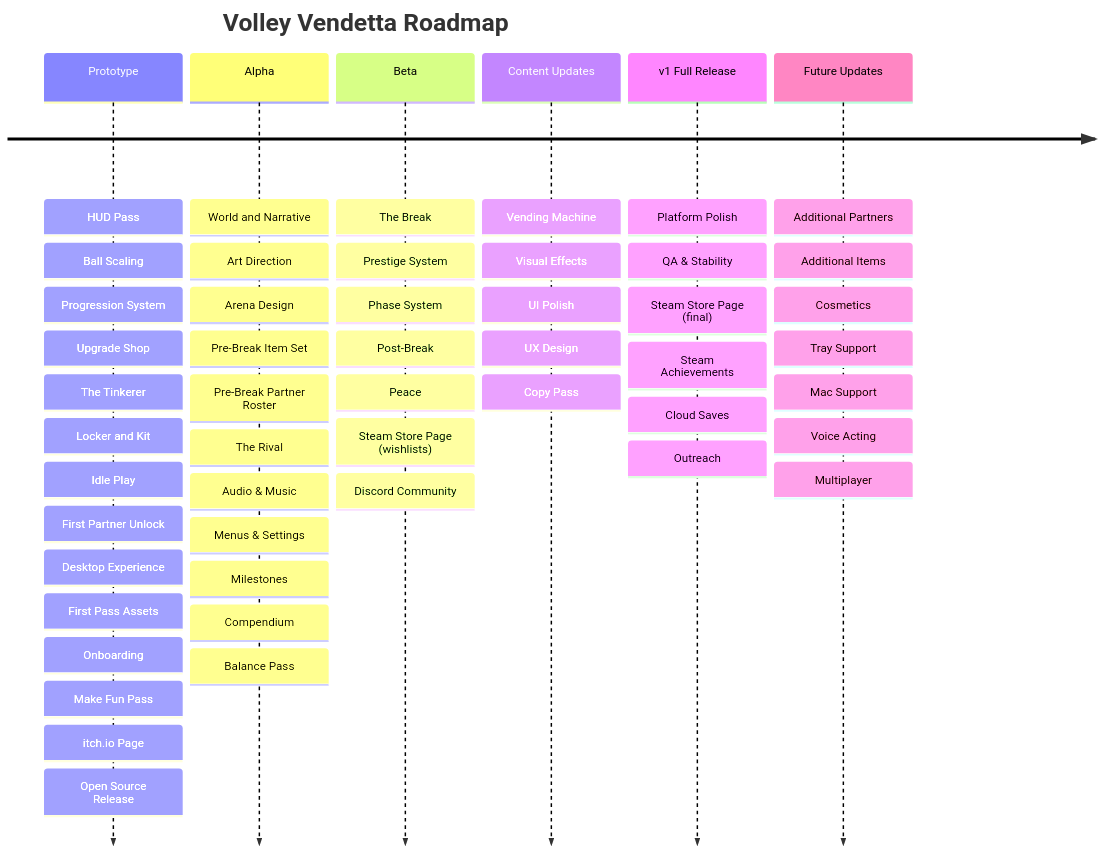
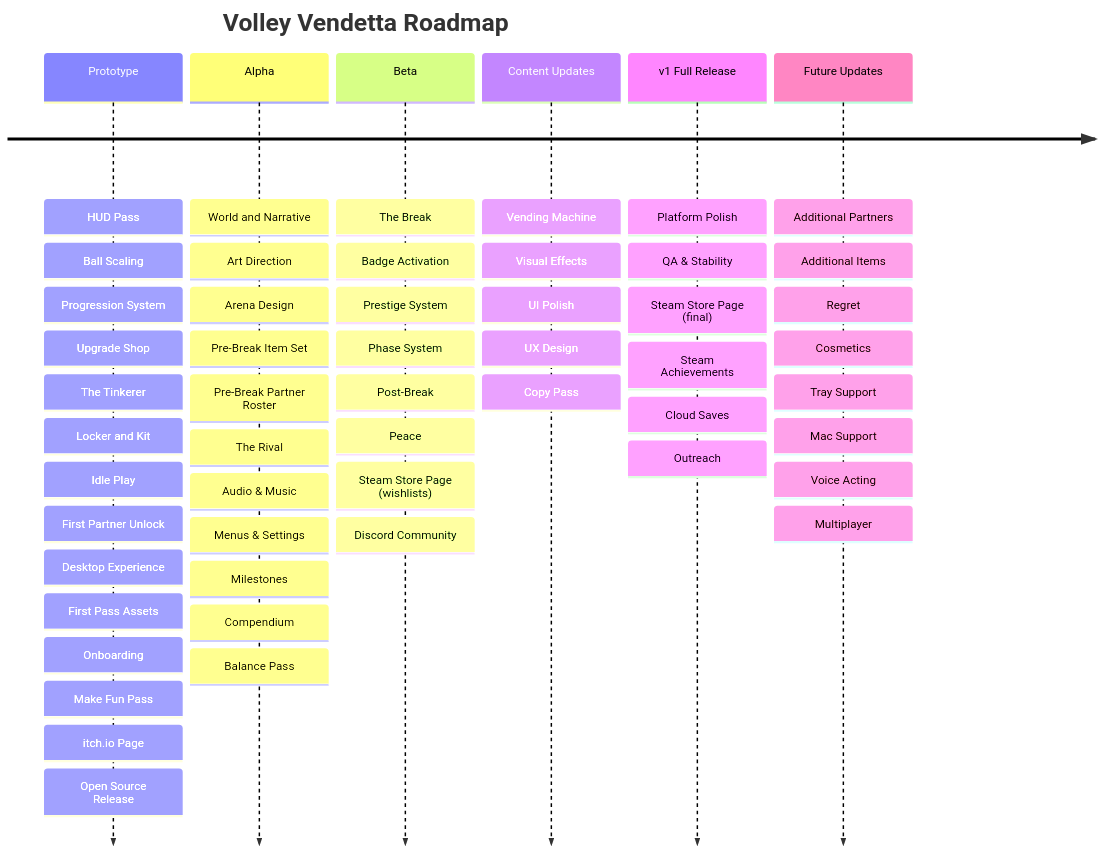
The diagram in designs/roadmap.md (J-Melon/volley-vendetta), drawn with Mermaid before and after one commit. The commit also changed other lines of this file and 13 other files, not shown here.

````diff
--- a/designs/roadmap.md
+++ b/designs/roadmap.md
@@ -3,66 +3,68 @@
 ```mermaid
 timeline
     title Volley Vendetta Roadmap
 
     Prototype
         : HUD Pass
         : Ball Scaling
         : Progression System
         : Upgrade Shop
         : The Tinkerer
         : Locker and Kit
         : Idle Play
         : First Partner Unlock
         : Desktop Experience
         : First Pass Assets
         : Onboarding
         : Make Fun Pass
         : itch.io Page
         : Open Source Release
 
     Alpha
         : World and Narrative
         : Art Direction
         : Arena Design
         : Pre-Break Item Set
         : Pre-Break Partner Roster
         : The Rival
         : Audio & Music
         : Menus & Settings
         : Milestones
         : Compendium
         : Balance Pass
 
     Beta
         : The Break
+        : Badge Activation
         : Prestige System
         : Phase System
         : Post-Break
         : Peace
         : Steam Store Page (wishlists)
         : Discord Community
 
     Content Updates
         : Vending Machine
         : Visual Effects
         : UI Polish
         : UX Design
         : Copy Pass
 
     v1 Full Release
         : Platform Polish
         : QA & Stability
         : Steam Store Page (final)
         : Steam Achievements
         : Cloud Saves
         : Outreach
 
     Future Updates
         : Additional Partners
         : Additional Items
+        : Regret
         : Cosmetics
         : Tray Support
         : Mac Support
         : Voice Acting
         : Multiplayer
 ```
````
